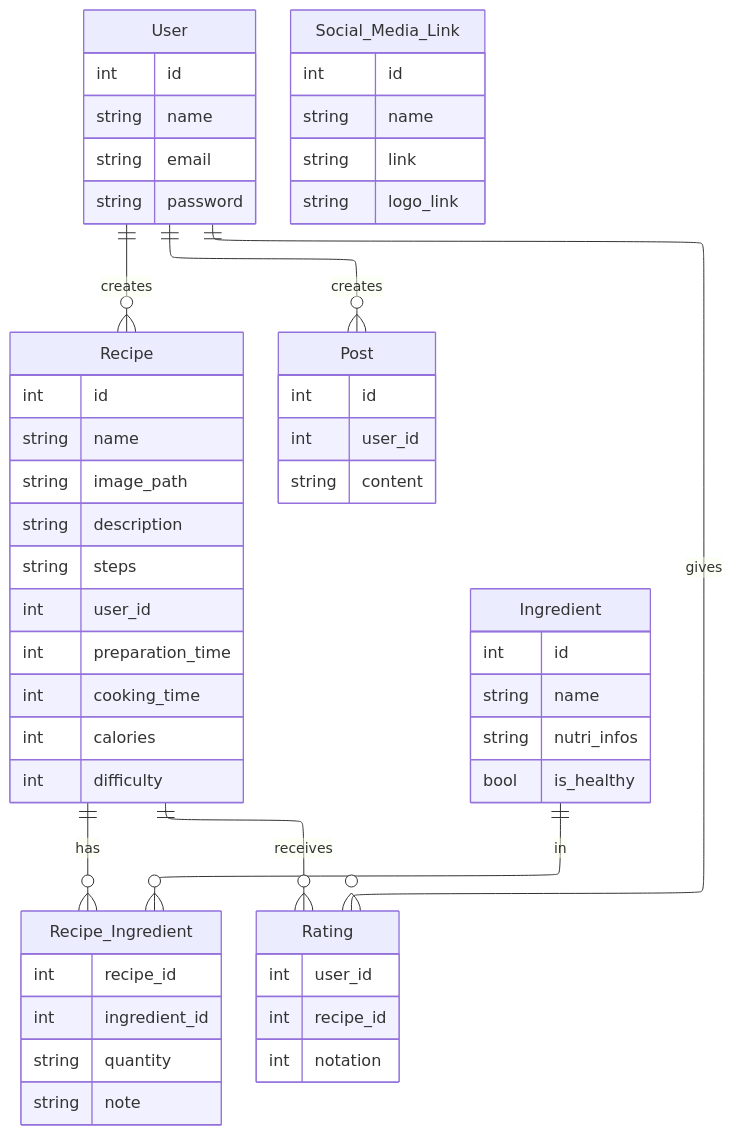
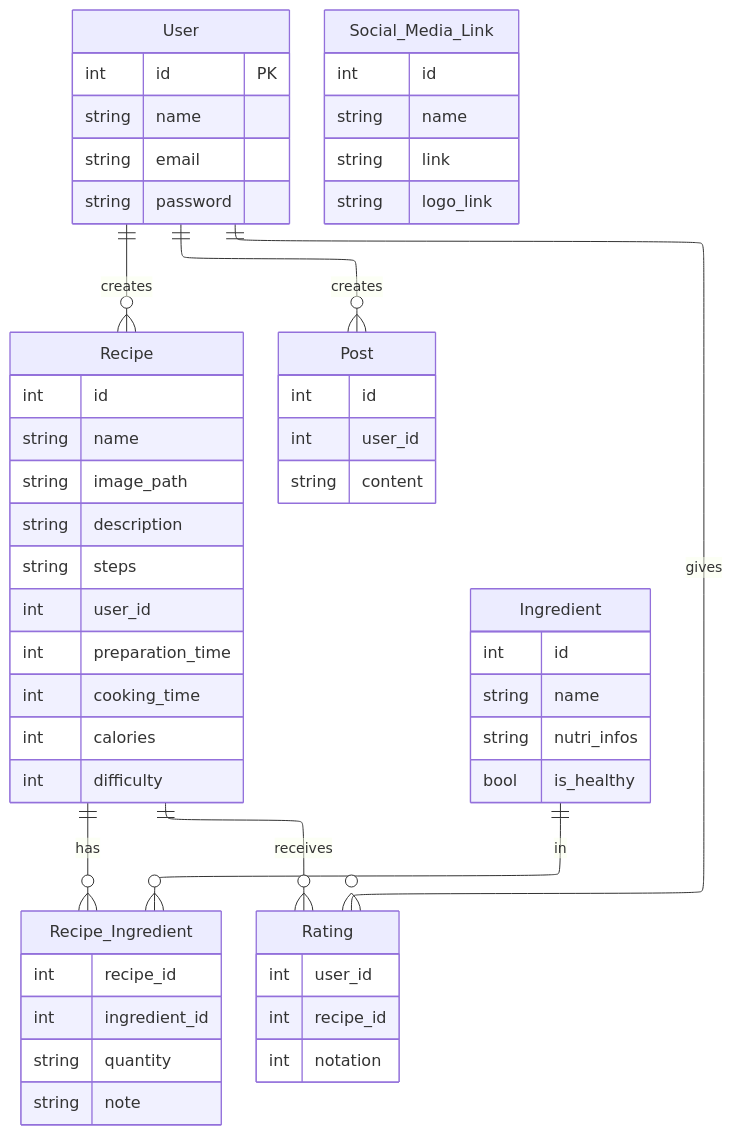
Before and after one commit to ihabChaker/KitchenExchange: the diagram in readme.md, drawn with Mermaid.

````diff
--- a/readme.md
+++ b/readme.md
@@ -41,67 +41,67 @@
 ```mermaid
 ---
 config:
   layout: elk
   look: classic
 ---
 erDiagram
     User ||--o{ Recipe : creates
     User ||--o{ Post : creates
     Recipe ||--o{ Recipe_Ingredient : has
     Ingredient ||--o{ Recipe_Ingredient : in
     User ||--o{ Rating : gives
     Recipe ||--o{ Rating : receives
 
     User {
-        int id
+        int id PK
         string name
         string email
         string password
     }
   
     Social_Media_Link {
         int id
         string name
         string link
         string logo_link
     }
   
     Recipe {
         int id
         string name
         string image_path
         string description
         string steps
         int user_id
         int preparation_time
         int cooking_time
         int calories
         int difficulty
     }
   
     Rating {
         int user_id
         int recipe_id
         int notation
     }
   
     Post {
         int id
         int user_id
         string content
     }
   
     Ingredient {
         int id
         string name
         string nutri_infos
         bool is_healthy
     }
   
     Recipe_Ingredient {
         int recipe_id
         int ingredient_id
         string quantity
         string note
     }
 ```
````
